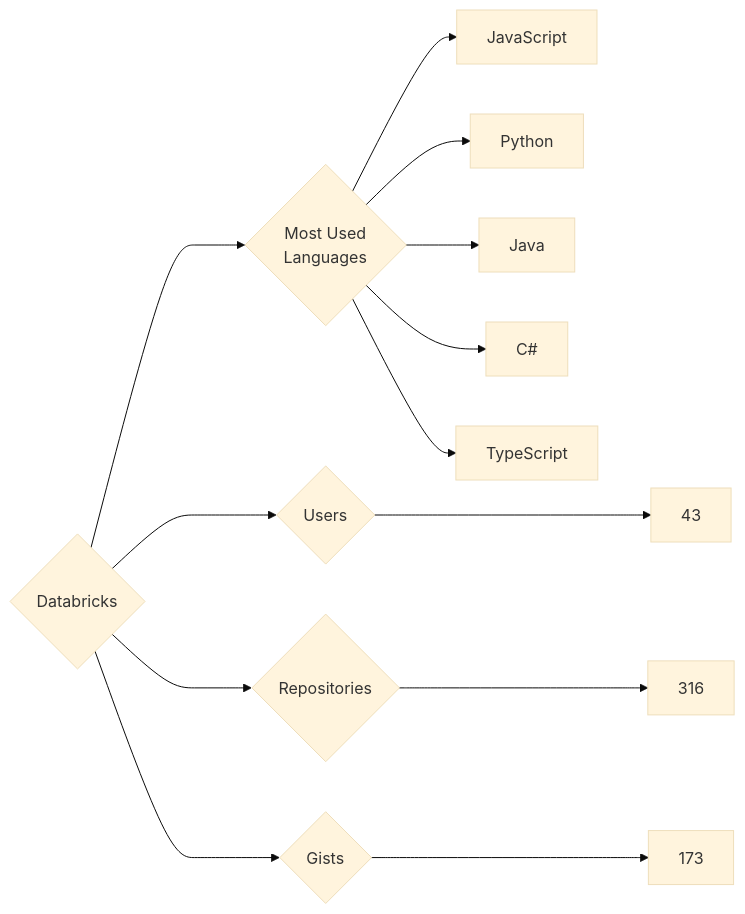
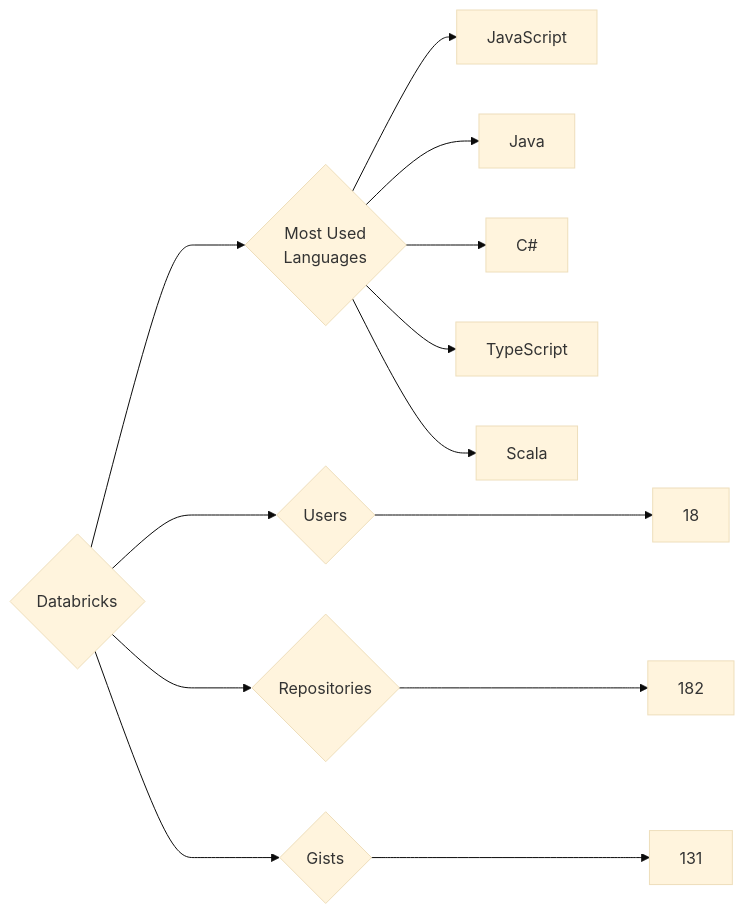
Before and after one commit to trickest/insiders: the diagram in targets/Databricks/README.md, drawn with Mermaid (base theme). The commit also changed 736 other files, not shown here.

````diff
--- a/targets/Databricks/README.md
+++ b/targets/Databricks/README.md
@@ -3,13 +3,13 @@
 ```mermaid
 graph LR
 COMPANY_NAME{Databricks}
-COMPANY_NAME ---> U{Users} ---> UN[43]
-COMPANY_NAME ---> R{Repositories} ---> RN[316]
-COMPANY_NAME ---> G{Gists} ---> GN[173]
+COMPANY_NAME ---> U{Users} ---> UN[18]
+COMPANY_NAME ---> R{Repositories} ---> RN[182]
+COMPANY_NAME ---> G{Gists} ---> GN[131]
 COMPANY_NAME ---> ML{Most Used<br>Languages}
 ML --> JavaScript[JavaScript]
-ML --> Python[Python]
 ML --> Java[Java]
 ML --> C#[C#]
 ML --> TypeScript[TypeScript]
+ML --> Scala[Scala]
 ```
````
